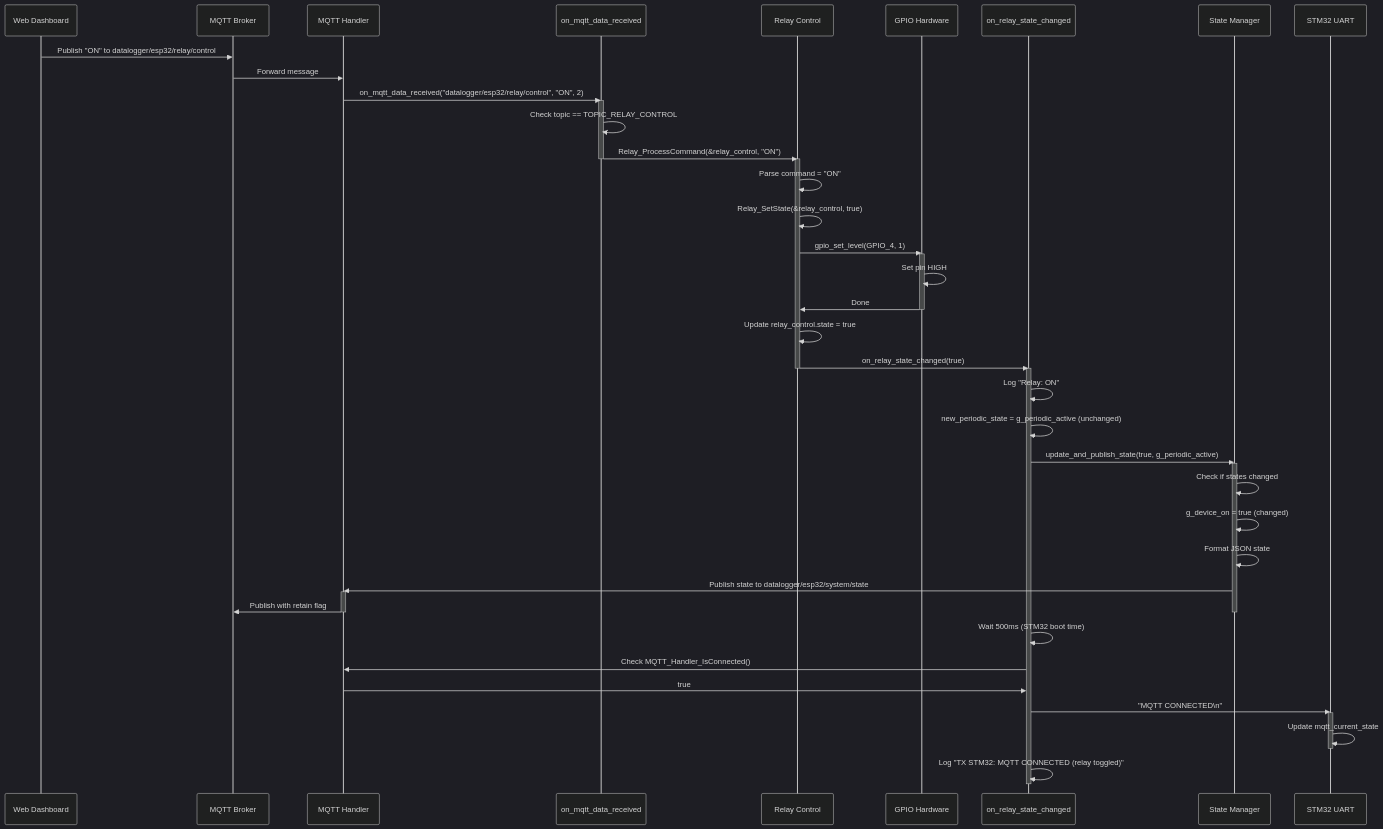
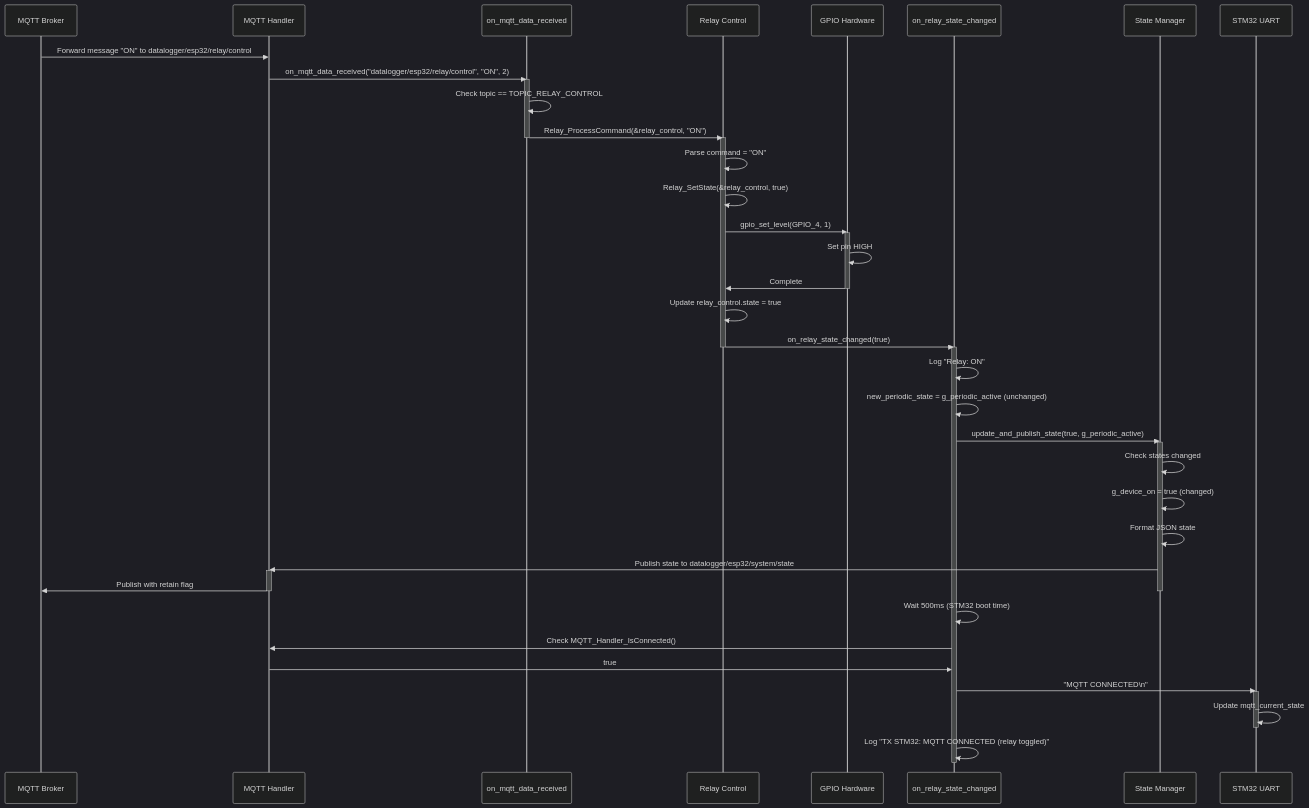
The fourth of 7 diagrams in documents/ESP32/SEQUENCE_DIAGRAM_ESP32.md (meeTeam05/datalogger), drawn with Mermaid (dark theme) before and after one commit. The commit also changed other lines of this file and 5 other files, not shown here.

Commit message:
Complete ESP32 and STM32 documentation reorganization in English

````diff
--- a/documents/ESP32/SEQUENCE_DIAGRAM_ESP32.md
+++ b/documents/ESP32/SEQUENCE_DIAGRAM_ESP32.md
@@ -353,62 +297,60 @@
 ```mermaid
 sequenceDiagram
-    participant Web as Web Dashboard
     participant Broker as MQTT Broker
     participant MQTT as MQTT Handler
     participant Callback as on_mqtt_data_received
     participant Relay as Relay Control
     participant GPIO as GPIO Hardware
     participant RelayCallback as on_relay_state_changed
     participant State as State Manager
     participant STM32 as STM32 UART
     
-    Web->>Broker: Publish "ON" to datalogger/esp32/relay/control
-    Broker->>MQTT: Forward message
+    Broker->>MQTT: Forward message "ON" to datalogger/esp32/relay/control
     
     MQTT->>Callback: on_mqtt_data_received("datalogger/esp32/relay/control", "ON", 2)
     activate Callback
     
     Callback->>Callback: Check topic == TOPIC_RELAY_CONTROL
     Callback->>Relay: Relay_ProcessCommand(&relay_control, "ON")
     deactivate Callback
     
     activate Relay
     Relay->>Relay: Parse command = "ON"
     Relay->>Relay: Relay_SetState(&relay_control, true)
     Relay->>GPIO: gpio_set_level(GPIO_4, 1)
     activate GPIO
     GPIO->>GPIO: Set pin HIGH
-    GPIO->>Relay: Done
+    GPIO->>Relay: Complete
     deactivate GPIO
     
     Relay->>Relay: Update relay_control.state = true
     Relay->>RelayCallback: on_relay_state_changed(true)
     deactivate Relay
     
     activate RelayCallback
     RelayCallback->>RelayCallback: Log "Relay: ON"
     RelayCallback->>RelayCallback: new_periodic_state = g_periodic_active (unchanged)
     RelayCallback->>State: update_and_publish_state(true, g_periodic_active)
     activate State
-    State->>State: Check if states changed
+    State->>State: Check states changed
     State->>State: g_device_on = true (changed)
     State->>State: Format JSON state
     State->>MQTT: Publish state to datalogger/esp32/system/state
     activate MQTT
     MQTT->>Broker: Publish with retain flag
     deactivate MQTT
     deactivate State
     
     RelayCallback->>RelayCallback: Wait 500ms (STM32 boot time)
     
     RelayCallback->>MQTT: Check MQTT_Handler_IsConnected()
     MQTT->>RelayCallback: true
     
     RelayCallback->>STM32: "MQTT CONNECTED\n"
     activate STM32
     STM32->>STM32: Update mqtt_current_state
     deactivate STM32
     
     RelayCallback->>RelayCallback: Log "TX STM32: MQTT CONNECTED (relay toggled)"
     deactivate RelayCallback
 ```
````
